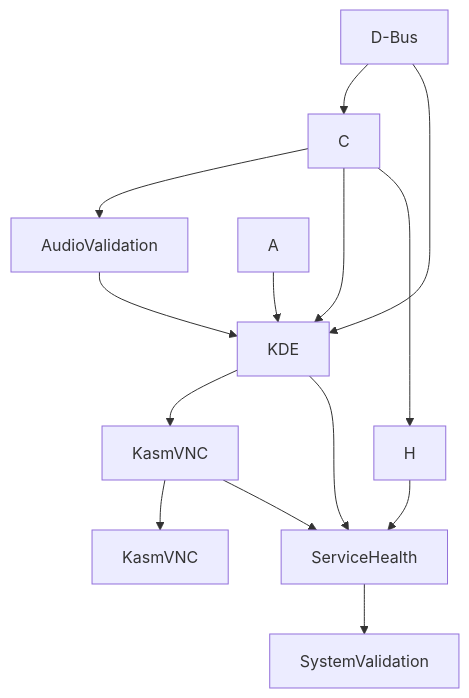
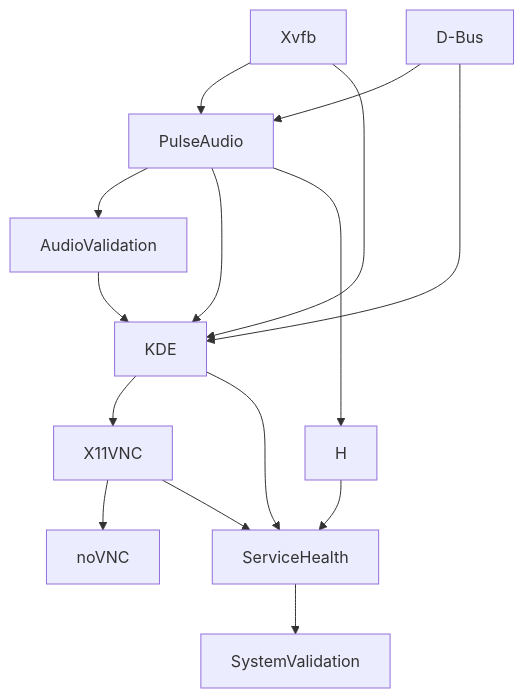
Before and after one commit to MarketingLimited/webtop-omni-desktop: the diagram in ubuntu-kde-docker/SERVICES.md, drawn with Mermaid. The commit also changed other lines of this file and 101 other files, not shown here.

````diff
--- a/ubuntu-kde-docker/SERVICES.md
+++ b/ubuntu-kde-docker/SERVICES.md
@@ -100,17 +114,18 @@
 ```mermaid
 graph TD
+    A[Xvfb] --> C[PulseAudio]
     B[D-Bus] --> C
     C --> D[AudioValidation]
     D --> E[KDE]
     C --> E
     A --> E
     B --> E
-    E --> F[KasmVNC]
-    F --> G[KasmVNC]
+    E --> F[X11VNC]
+    F --> G[noVNC]
     
     C --> H
     E --> I[ServiceHealth]
     F --> I
     H --> I
     I --> J[SystemValidation]
 ```
````
